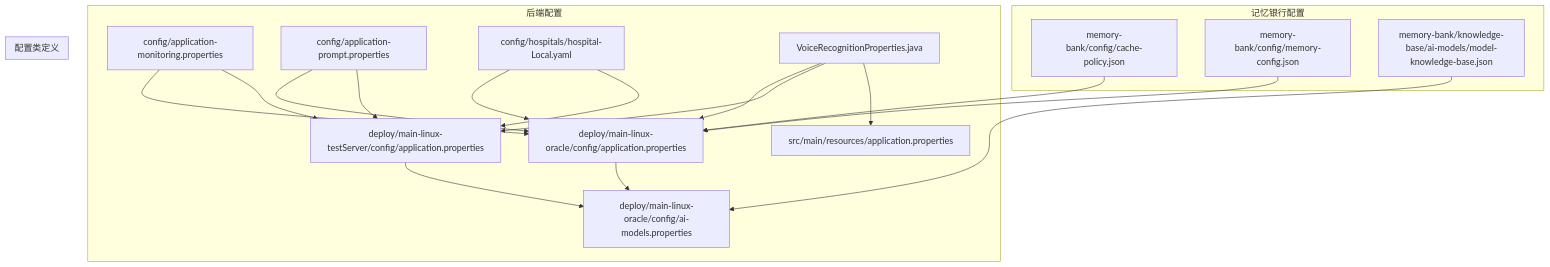
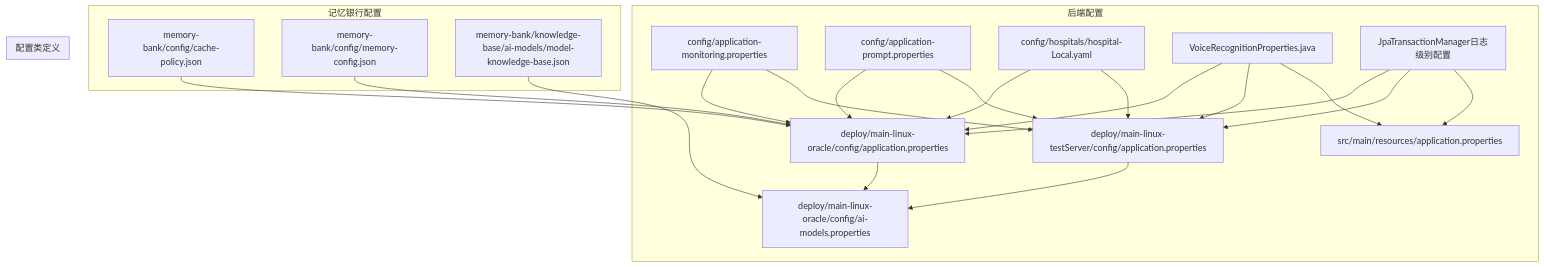
Before and after one commit to liuzh2008/med_ai_assistant_workspace: the first of 3 diagrams in .qoder/repowiki/zh/content/配置管理/配置管理.md, drawn with Mermaid. The commit also changed other lines of this file and 4 other files, not shown here.

````diff
--- a/.qoder/repowiki/zh/content/配置管理/配置管理.md
+++ b/.qoder/repowiki/zh/content/配置管理/配置管理.md
@@ -58,35 +58,39 @@
 ```mermaid
 graph TB
 subgraph "后端配置"
 CFG_PROP["config/application-monitoring.properties"]
 PROMPT_PROP["config/application-prompt.properties"]
 HOSP_LOCAL["config/hospitals/hospital-Local.yaml"]
 ORA_PROD["deploy/main-linux-oracle/config/application.properties"]
 ORA_AI["deploy/main-linux-oracle/config/ai-models.properties"]
 TEST_PROD["deploy/main-linux-testServer/config/application.properties"]
 DEV_PROP["src/main/resources/application.properties"]
 VOICE_PROP["VoiceRecognitionProperties.java"]
+TXN_LOG["JpaTransactionManager日志级别配置"]
 end
 subgraph "记忆银行配置"
 CACHE_POLICY["memory-bank/config/cache-policy.json"]
 MEM_CFG["memory-bank/config/memory-config.json"]
 MODEL_KB["memory-bank/knowledge-base/ai-models/model-knowledge-base.json"]
 end
 subgraph "配置类定义"
 VOICE_PROP
 end
 ORA_PROD --> ORA_AI
 TEST_PROD --> ORA_AI
 CFG_PROP --> ORA_PROD
 CFG_PROP --> TEST_PROD
 PROMPT_PROP --> ORA_PROD
 PROMPT_PROP --> TEST_PROD
 HOSP_LOCAL --> ORA_PROD
 HOSP_LOCAL --> TEST_PROD
 CACHE_POLICY --> ORA_PROD
 MEM_CFG --> ORA_PROD
 MODEL_KB --> ORA_AI
 VOICE_PROP --> ORA_PROD
 VOICE_PROP --> TEST_PROD
 VOICE_PROP --> DEV_PROP
+TXN_LOG --> ORA_PROD
+TXN_LOG --> TEST_PROD
+TXN_LOG --> DEV_PROP
 ```
````
